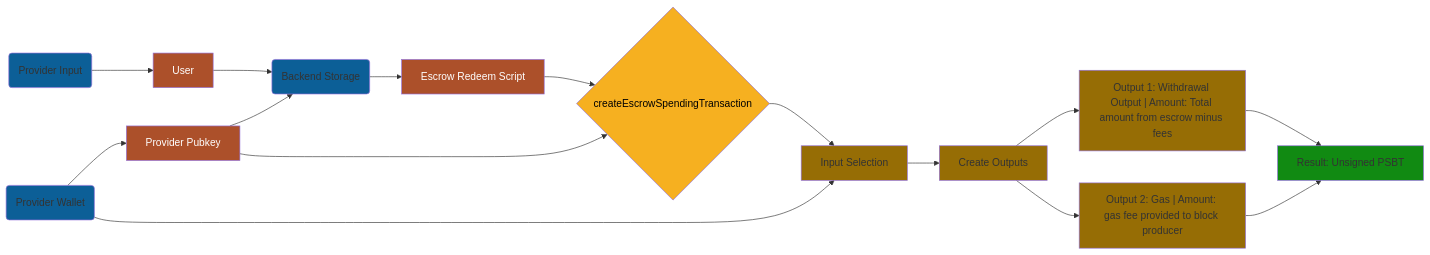
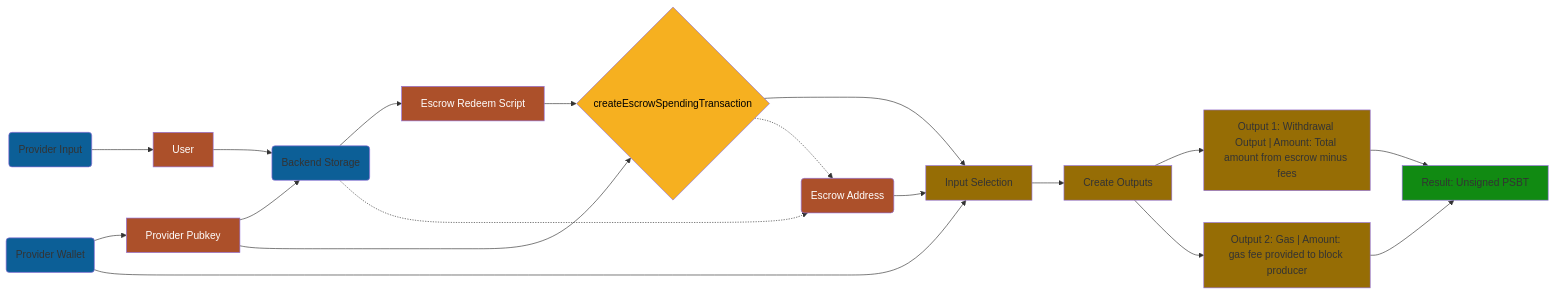
The second of 4 diagrams in spec/v0/user-stories.md (sundial-protocol/btc-locker), drawn with Mermaid before and after one commit. The commit also changed other lines of this file, not shown here.

Commit message:
v0 withdrawal story mermaid

````diff
--- a/spec/v0/user-stories.md
+++ b/spec/v0/user-stories.md
@@ -113,34 +113,37 @@
 ```mermaid
 flowchart LR
     Input(Provider Input) --> User
     Wallet(Provider Wallet) --> PKH[Provider Pubkey]
 
     PKH --> Backend(Backend Storage)
     PKH --> MkTx{createEscrowSpendingTransaction}
     User --> Backend
 
     Backend --> RedeemScript[Escrow Redeem Script]
+    Backend -.-> EscrowAddress(Escrow Address)
     RedeemScript --> MkTx
 
     MkTx --> Selection[Input Selection]
+    MkTx -.-> EscrowAddress
+    EscrowAddress --> Selection
     Wallet --> Selection
     Selection --> Creation[Create Outputs]
 
     Creation --> O1["Output 1: Withdrawal Output | Amount: Total amount from escrow minus fees"]
     Creation --> O2["Output 2: Gas | Amount: gas fee provided to block producer"]
 
     O1 --> Result[Result: Unsigned PSBT]
     O2 --> Result
 
     classDef actor fill:#0c5f97
     classDef methodStep fill:#966D05
     classDef result fill:#118a12
     classDef input fill:#ac502a,color:#fff
     classDef method fill:#F6B020,color:#000
 
     class Wallet,Input,Backend actor
     class Selection,Creation,O1,O2 methodStep
     class Result result
     class MkTx method
-    class PKH,User,RedeemScript input
+    class PKH,User,RedeemScript,EscrowAddress input
 ```
````
